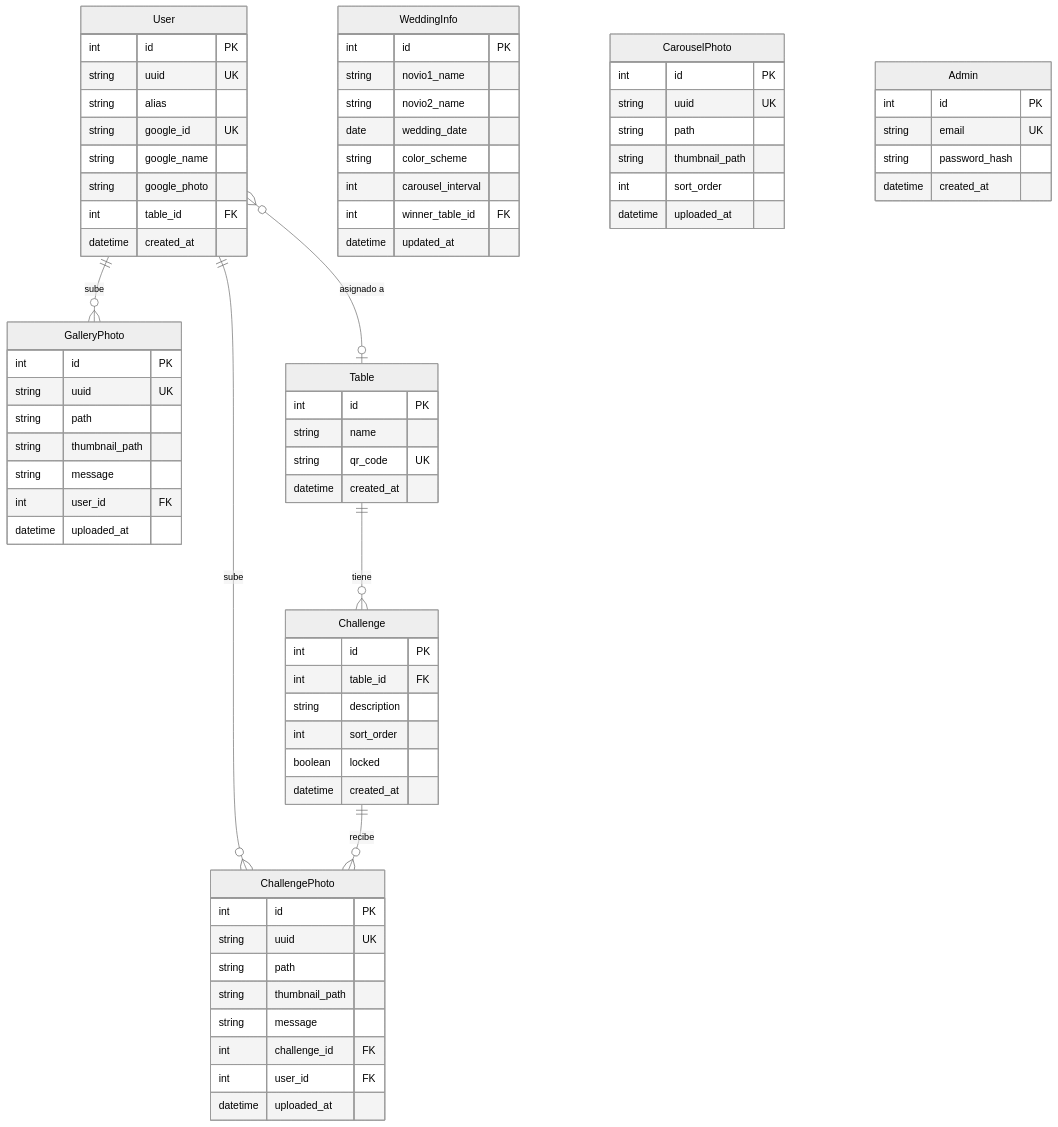
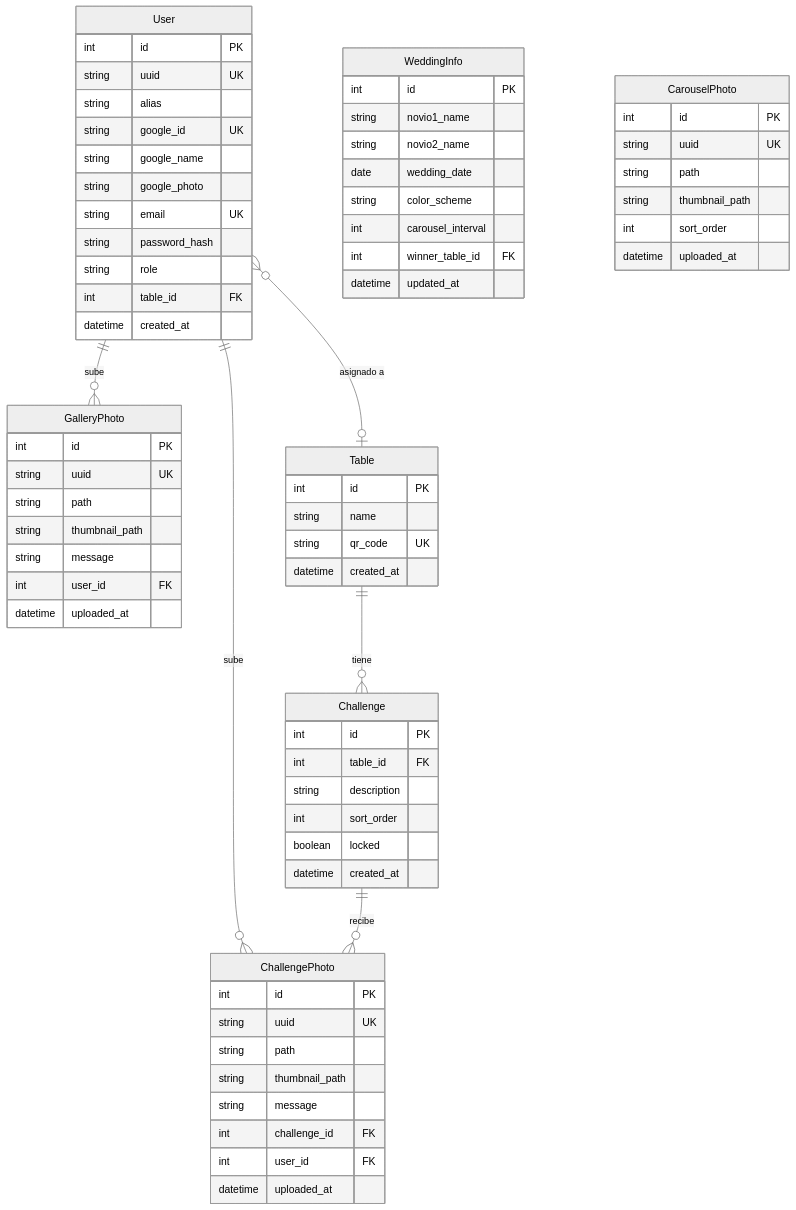
One commit to juniornff/wedding-photo-manager changed the third of 12 diagrams in README.md. Above: the diagram before and after it, drawn with Mermaid (neutral theme). The commit also changed other lines of this file and 11 other files, not shown here.

First line of the commit message:
roles de usuario unificados: admins como User(admin) con email+password; merge de invitado en Google login; sin modelo Admin

```diff
--- a/README.md
+++ b/README.md
@@ -107,6 +107,9 @@
         string google_id UK
         string google_name
         string google_photo
+        string email UK
+        string password_hash
+        string role
         int table_id FK
         datetime created_at
     }
@@ -168,13 +171,6 @@
         datetime uploaded_at
     }
 
-    Admin {
-        int id PK
-        string email UK
-        string password_hash
-        datetime created_at
-    }
-
     User ||--o{ GalleryPhoto : "sube"
     User ||--o{ ChallengePhoto : "sube"
     User }o--o| Table : "asignado a"
```
